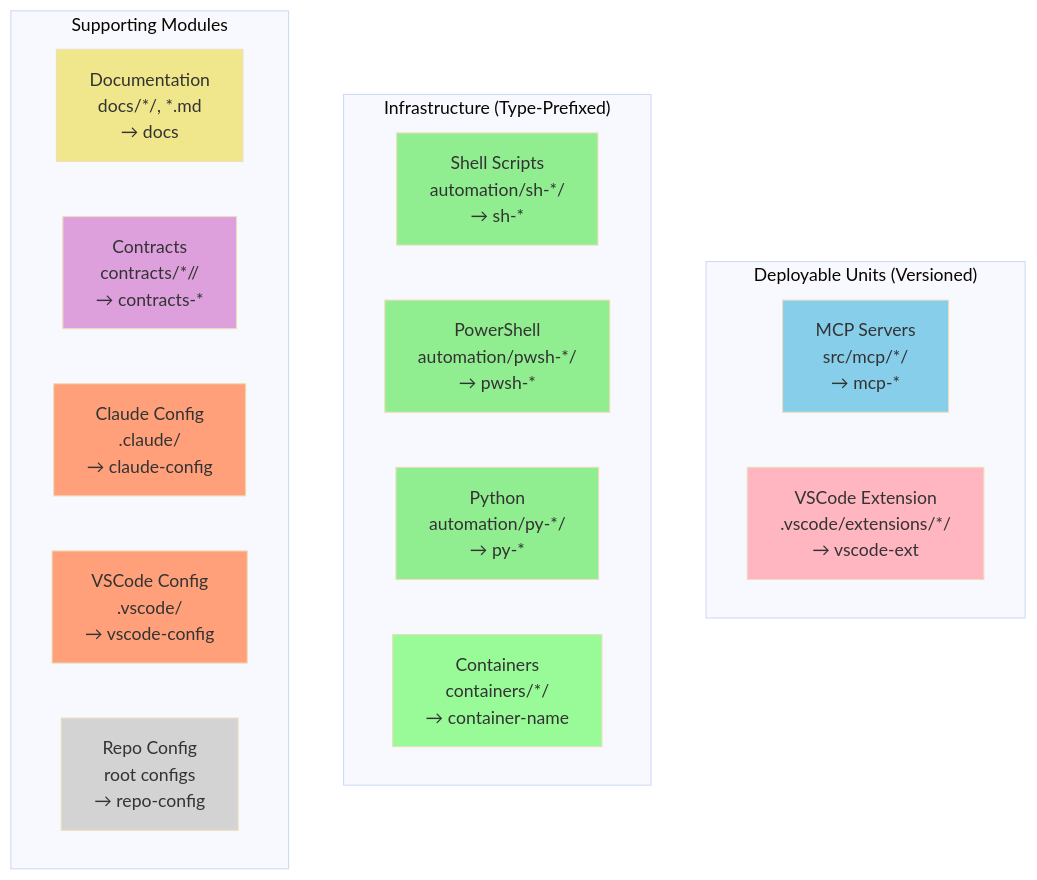
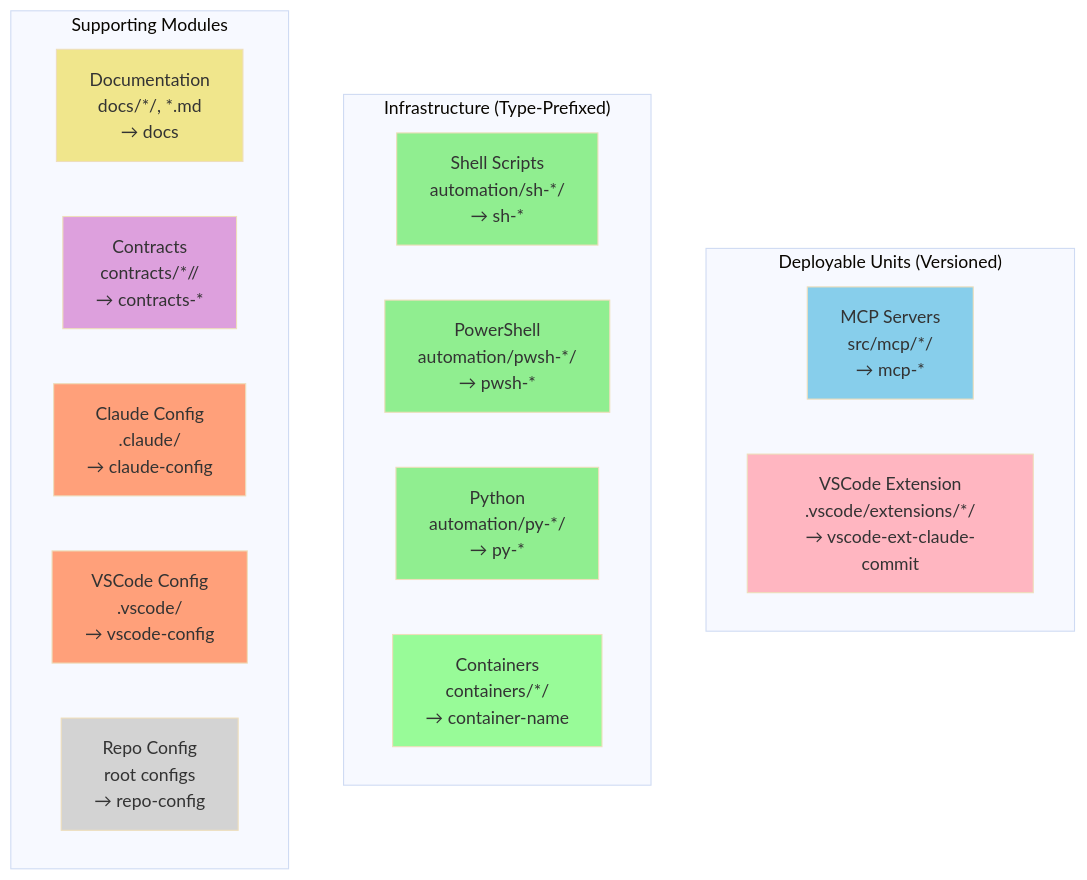
Before and after one commit to ready-to-release/eac: the second of 13 diagrams in docs/guide/module-detection.md, drawn with Mermaid (base theme). The commit also changed other lines of this file and 28 other files, not shown here.

````diff
--- a/docs/guide/module-detection.md
+++ b/docs/guide/module-detection.md
@@ -65,34 +65,34 @@
 ```mermaid
 graph TB
     subgraph Deployable["Deployable Units (Versioned)"]
         MCP["MCP Servers<br/>src/mcp/*/<br/>→ mcp-*"]
-        VSCodeExt["VSCode Extension<br/>.vscode/extensions/*/<br/>→ vscode-ext"]
+        VSCodeExt["VSCode Extension<br/>.vscode/extensions/*/<br/>→ vscode-ext-claude-commit"]
     end
 
     subgraph Infrastructure["Infrastructure (Type-Prefixed)"]
         AutoShell["Shell Scripts<br/>automation/sh-*/<br/>→ sh-*"]
         AutoPwsh["PowerShell<br/>automation/pwsh-*/<br/>→ pwsh-*"]
         AutoPy["Python<br/>automation/py-*/<br/>→ py-*"]
         Containers["Containers<br/>containers/*/<br/>→ container-name"]
     end
 
     subgraph Supporting["Supporting Modules"]
         Docs["Documentation<br/>docs/*/, *.md<br/>→ docs"]
         Contracts["Contracts<br/>contracts/*/<version>/<br/>→ contracts-*"]
         Claude["Claude Config<br/>.claude/<br/>→ claude-config"]
         VSCode["VSCode Config<br/>.vscode/<br/>→ vscode-config"]
         Repo["Repo Config<br/>root configs<br/>→ repo-config"]
     end
 
     style MCP fill:#87CEEB
     style VSCodeExt fill:#FFB6C1
     style AutoShell fill:#90EE90
     style AutoPwsh fill:#90EE90
     style AutoPy fill:#90EE90
     style Containers fill:#98FB98
     style Docs fill:#F0E68C
     style Contracts fill:#DDA0DD
     style Claude fill:#FFA07A
     style VSCode fill:#FFA07A
     style Repo fill:#D3D3D3
 ```
````
